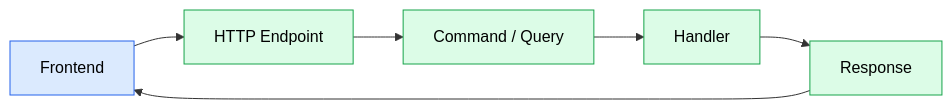
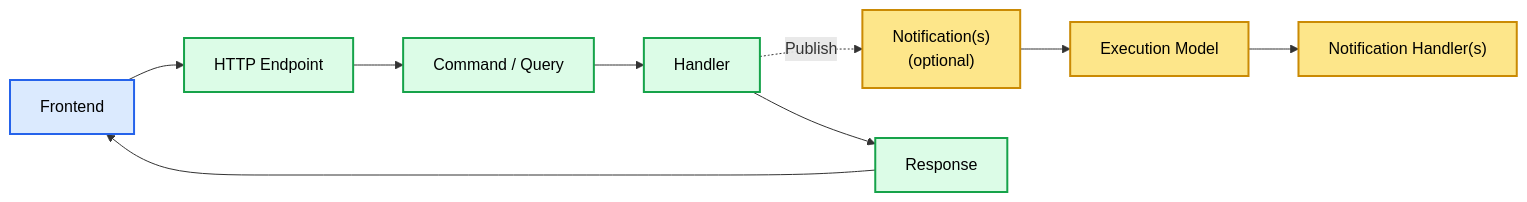
Before and after one commit to soufiane-rizk/Jobwize: the second of 2 diagrams in docs/architecture/03-module-architecture.md, drawn with Mermaid. The commit also changed other lines of this file and 10 other files, not shown here.

Commit message:
docs(architecture): document the new runtime architecture

````diff
--- a/docs/architecture/03-module-architecture.md
+++ b/docs/architecture/03-module-architecture.md
@@ -228,25 +237,38 @@
 ```mermaid
 flowchart LR
 
     CLIENT["Frontend"]
 
     API["HTTP Endpoint"]
 
-    CMD["Command / Query"]
+    REQUEST["Command / Query"]
 
     HANDLER["Handler"]
+
+    NOTIF["Notification(s)<br/>(optional)"]
+
+    EXEC["Execution Model"]
+
+    NHANDLERS["Notification Handler(s)"]
 
     RESPONSE["Response"]
 
     CLIENT --> API
-    API --> CMD
-    CMD --> HANDLER
+    API --> REQUEST
+    REQUEST --> HANDLER
+
     HANDLER --> RESPONSE
     RESPONSE --> CLIENT
 
-    classDef frontend fill:#dbeafe,stroke:#2563eb,color:#000;
-    classDef backend fill:#dcfce7,stroke:#16a34a,color:#000;
+    HANDLER -. Publish .-> NOTIF
+    NOTIF --> EXEC
+    EXEC --> NHANDLERS
+
+    classDef frontend fill:#dbeafe,stroke:#2563eb,color:#000,stroke-width:2px;
+    classDef backend fill:#dcfce7,stroke:#16a34a,color:#000,stroke-width:2px;
+    classDef runtime fill:#fde68a,stroke:#ca8a04,color:#000,stroke-width:2px;
 
     class CLIENT frontend;
-    class API,CMD,HANDLER,RESPONSE backend;
+    class API,REQUEST,HANDLER,RESPONSE backend;
+    class NOTIF,EXEC,NHANDLERS runtime;
 ```
````
